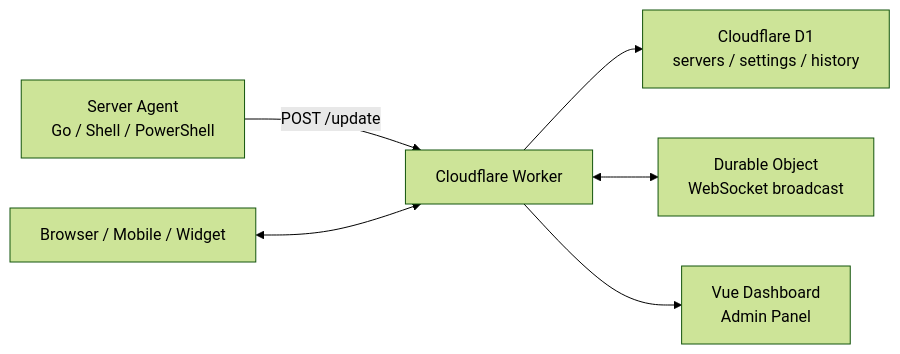
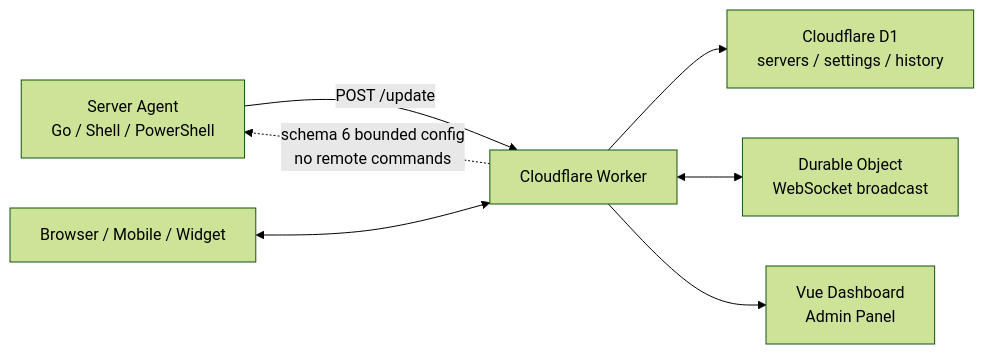
Before and after one commit to benbenwu1/CF-Server-Monitor-Komari: the diagram in README-en.md, drawn with Mermaid (forest theme). The commit also changed other lines of this file and 28 other files, not shown here.

Commit message:
feat: add bounded agent ping tasks

````diff
--- a/README-en.md
+++ b/README-en.md
@@ -85,8 +85,9 @@
 ```mermaid
 flowchart LR
   Agent["Server Agent<br/>Go / Shell / PowerShell"] -->|"POST /update"| Worker["Cloudflare Worker"]
+  Worker -.->|"schema 6 bounded config<br/>no remote commands"| Agent
   Worker --> D1["Cloudflare D1<br/>servers / settings / history"]
   Worker <--> DO["Durable Object<br/>WebSocket broadcast"]
   Worker --> Assets["Vue Dashboard<br/>Admin Panel"]
   Browser["Browser / Mobile / Widget"] <--> Worker
 ```
````
